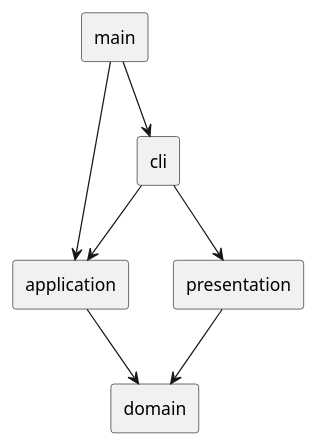
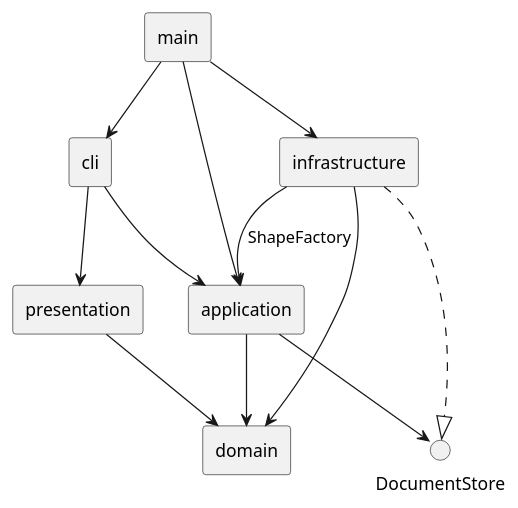
Before and after one commit to Chaugnar0127/SVG-Editor: the diagram in doc/README.md, drawn with PlantUML. The commit also changed other lines of this file and 2 other files, not shown here.

````diff
--- a/doc/README.md
+++ b/doc/README.md
@@ -53,11 +66,23 @@
 ```plantuml
 @startuml
 skinparam componentStyle rectangle
-[main] --> [cli]
-[main] --> [application]
-[cli] --> [application]
-[cli] --> [presentation]
-[presentation] --> [domain]
-[application] --> [domain]
+component main
+component cli
+component presentation
+component application
+component domain
+component infrastructure
+interface DocumentStore
+main --> cli
+main --> application
+main --> infrastructure
+cli --> application
+cli --> presentation
+presentation --> domain
+application --> domain
+application --> DocumentStore
+infrastructure ..|> DocumentStore
+infrastructure --> application : ShapeFactory
+infrastructure --> domain
 @enduml
 ```
````
